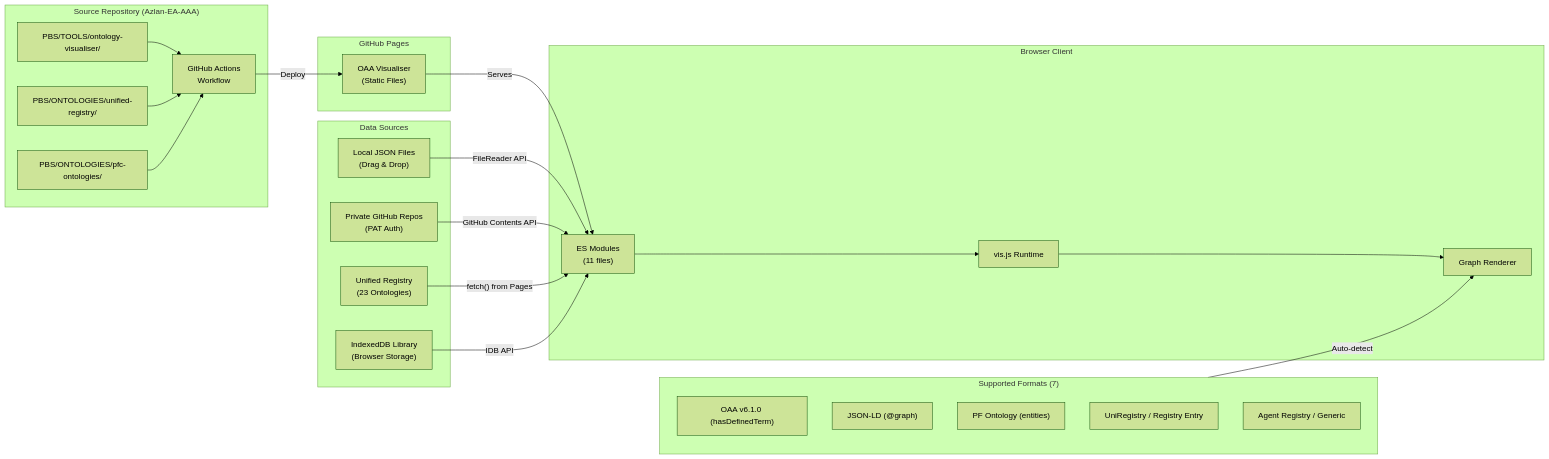
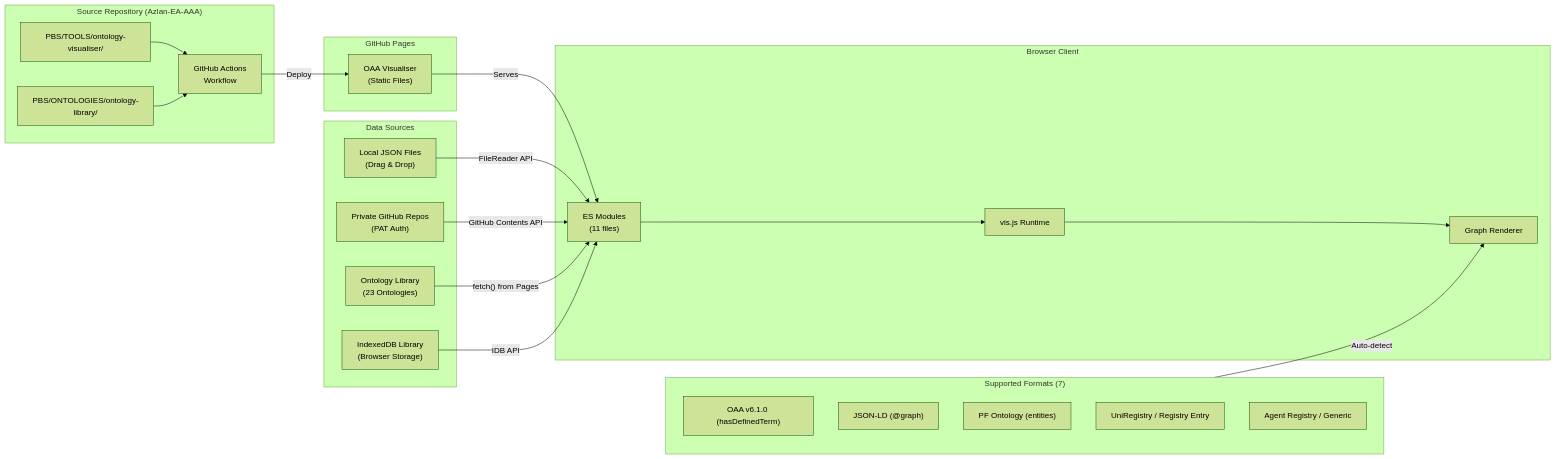
One commit to ajrmooreuk/Azlan-EA-AAA changed the diagram in PBS/TOOLS/ontology-visualiser/ARCHITECTURE.md. Above: the diagram before and after it, drawn with Mermaid (forest theme). The commit also changed other lines of this file and 10 other files, not shown here.

````diff
--- a/PBS/TOOLS/ontology-visualiser/ARCHITECTURE.md
+++ b/PBS/TOOLS/ontology-visualiser/ARCHITECTURE.md
@@ -18,35 +18,34 @@
 ```mermaid
 graph LR
     subgraph Source["Source Repository (Azlan-EA-AAA)"]
         A["PBS/TOOLS/ontology-visualiser/"] --> B["GitHub Actions\nWorkflow"]
-        R["PBS/ONTOLOGIES/unified-registry/"] --> B
-        O["PBS/ONTOLOGIES/pfc-ontologies/"] --> B
+        R["PBS/ONTOLOGIES/ontology-library/"] --> B
     end
 
     subgraph Deployment["GitHub Pages"]
         B -->|"Deploy"| C["OAA Visualiser\n(Static Files)"]
     end
 
     subgraph Client["Browser Client"]
         C -->|"Serves"| D["ES Modules\n(11 files)"]
         D --> E["vis.js Runtime"]
         E --> F["Graph Renderer"]
     end
 
     subgraph Input["Data Sources"]
         G["Local JSON Files\n(Drag & Drop)"] -->|"FileReader API"| D
         H["Private GitHub Repos\n(PAT Auth)"] -->|"GitHub Contents API"| D
-        I["Unified Registry\n(23 Ontologies)"] -->|"fetch() from Pages"| D
+        I["Ontology Library\n(23 Ontologies)"] -->|"fetch() from Pages"| D
         J["IndexedDB Library\n(Browser Storage)"] -->|"IDB API"| D
     end
 
     subgraph Formats["Supported Formats (7)"]
         K["OAA v6.1.0 (hasDefinedTerm)"]
         L["JSON-LD (@graph)"]
         M["PF Ontology (entities)"]
         N["UniRegistry / Registry Entry"]
         P["Agent Registry / Generic"]
     end
 
     Formats -->|"Auto-detect"| F
 ```
````
